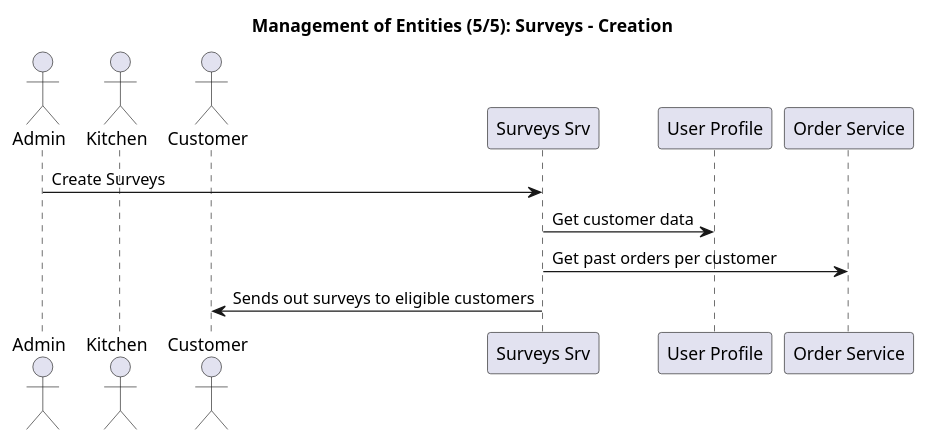
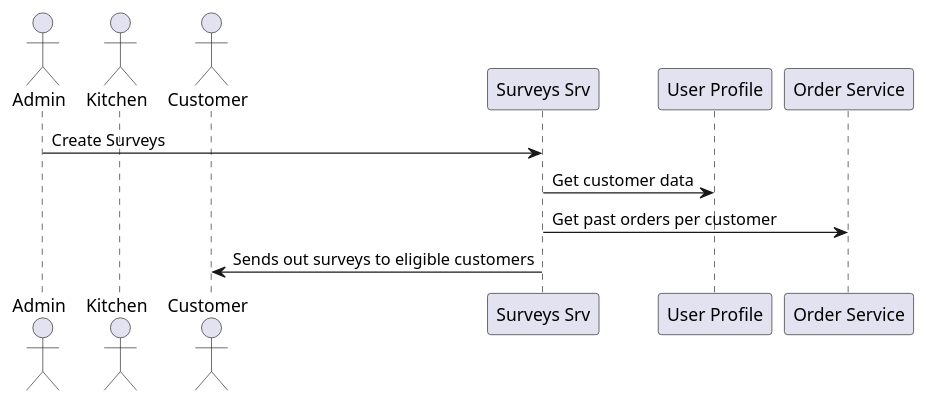
Before and after one commit to icedhacker/architecture-katas: the diagram in sequence-diagrams/puml/surveys.puml, drawn with PlantUML.

```diff
--- a/sequence-diagrams/puml/surveys.puml
+++ b/sequence-diagrams/puml/surveys.puml
@@ -1,19 +1,17 @@
 @startuml
-title: Management of Entities (5/5): Surveys - Creation
-
 
 actor "Admin" as A
 
 actor "Kitchen" as K
 actor "Customer" as U
 
 participant "Surveys Srv" as Ssrv
 participant "User Profile" as CP
 participant "Order Service" as Osrv
 
 
 A -> Ssrv: Create Surveys
 Ssrv -> CP: Get customer data
 Ssrv -> Osrv: Get past orders per customer
 Ssrv -> U: Sends out surveys to eligible customers
 @enduml
```
